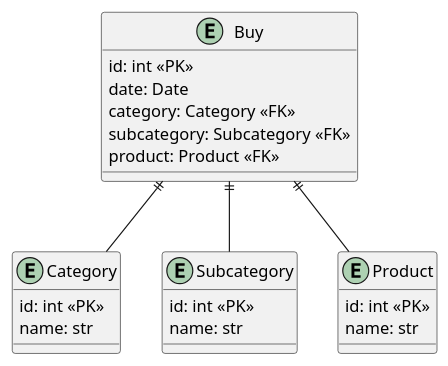
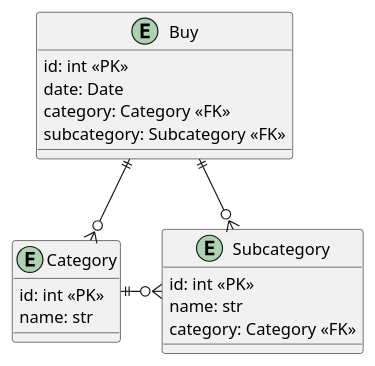
Before and after one commit to undiscoveredWorld/finance_plan: the diagram in docs/current/db.puml, drawn with PlantUML. The commit also changed 14 other files, not shown here.

```diff
--- a/docs/current/db.puml
+++ b/docs/current/db.puml
@@ -1,31 +1,26 @@
 @startuml entity
 
 entity Category {
     id: int <<PK>>
     name: str
 }
 
 entity Subcategory {
     id: int <<PK>>
     name: str
-}
-
-entity Product {
-    id: int <<PK>>
-    name: str
+    category: Category <<FK>>
 }
 
 entity Buy {
     id: int <<PK>>
     date: Date
     category: Category <<FK>>
     subcategory: Subcategory <<FK>>
-    product: Product <<FK>>
 }
 
 
-Buy ||-down- Category
-Buy ||-down- Subcategory
-Buy ||-down- Product
+Category ||-o{ Subcategory
+Buy ||-down-o{ Category
+Buy ||-down-o{ Subcategory
 
 @enduml
```
